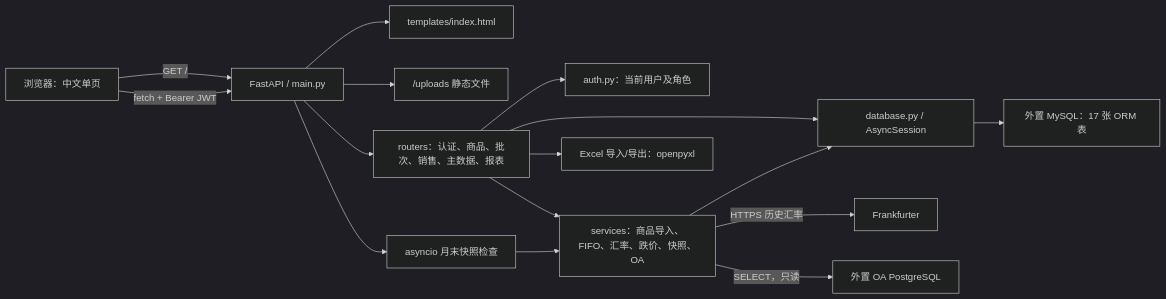
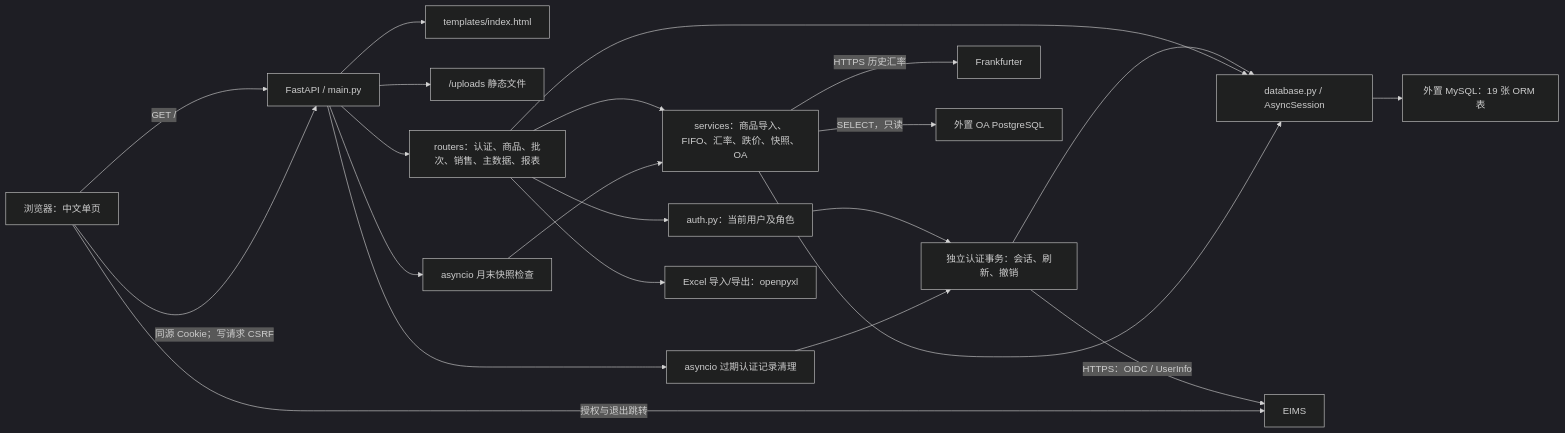
Before and after one commit to yueweiit/FastAPIProject: the diagram in docs/knowledge/architecture.md, drawn with Mermaid (dark theme). The commit also changed other lines of this file and 19 other files, not shown here.

````diff
--- a/docs/knowledge/architecture.md
+++ b/docs/knowledge/architecture.md
@@ -7,18 +7,24 @@
 ```mermaid
 flowchart LR
     U["浏览器：中文单页"] -->|"GET /"| A["FastAPI / main.py"]
-    U -->|"fetch + Bearer JWT"| A
+    U -->|"同源 Cookie；写请求 CSRF"| A
     A --> T["templates/index.html"]
     A --> UP["/uploads 静态文件"]
     A --> R["routers：认证、商品、批次、销售、主数据、报表"]
     R --> AU["auth.py：当前用户及角色"]
     R --> S["services：商品导入、FIFO、汇率、跌价、快照、OA"]
+    AU --> SS["独立认证事务：会话、刷新、撤销"]
+    SS --> DB
+    SS -->|"HTTPS：OIDC / UserInfo"| EI["EIMS"]
+    U -->|"授权与退出跳转"| EI
     R --> DB["database.py / AsyncSession"]
     S --> DB
-    DB --> M["外置 MySQL：17 张 ORM 表"]
+    DB --> M["外置 MySQL：19 张 ORM 表"]
     S -->|"HTTPS 历史汇率"| FX["Frankfurter"]
     S -->|"SELECT，只读"| OA["外置 OA PostgreSQL"]
     A --> W["asyncio 月末快照检查"]
+    A --> AW["asyncio 过期认证记录清理"]
+    AW --> SS
     W --> S
     R --> XL["Excel 导入/导出：openpyxl"]
 ```
````
